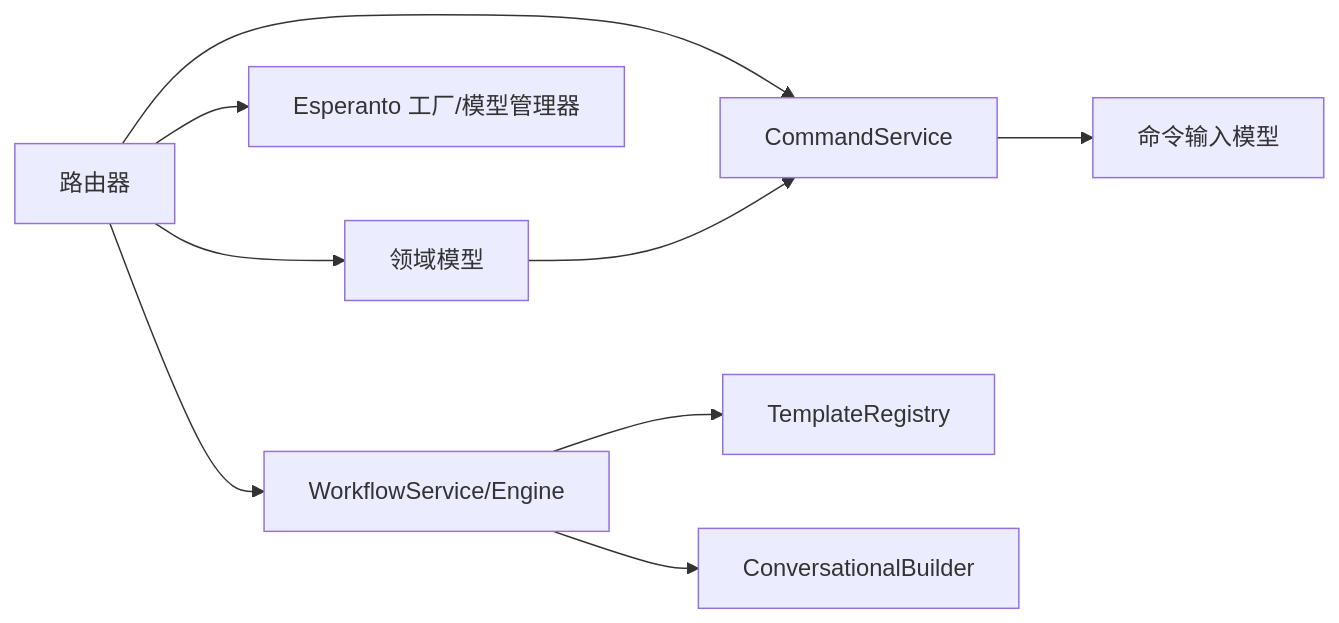
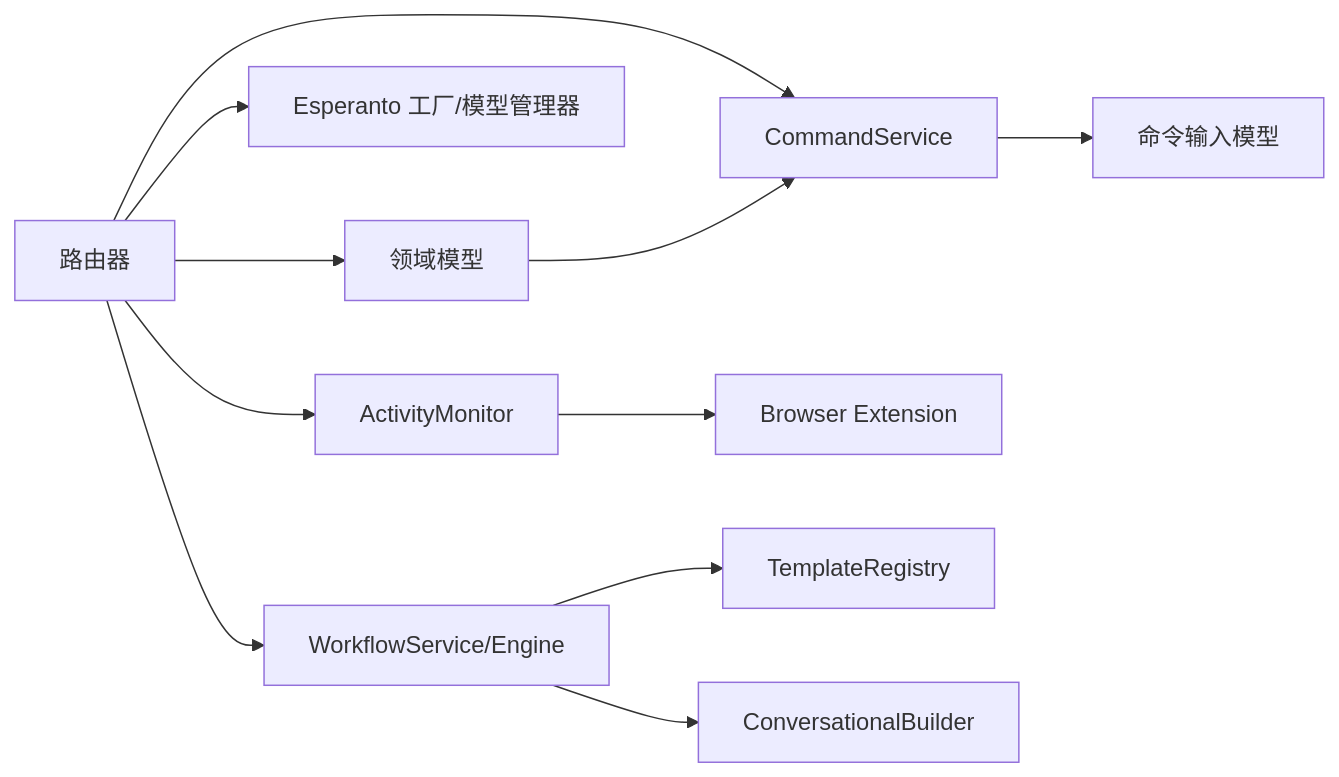
One commit to jackeyunjie/open-notebook changed the fourth of 4 diagrams in .qoder/repowiki/zh/content/API参考文档/API参考文档.md. Above: the diagram before and after it, drawn with Mermaid. The commit also changed other lines of this file and 51 other files, not shown here.

````diff
--- a/.qoder/repowiki/zh/content/API参考文档/API参考文档.md
+++ b/.qoder/repowiki/zh/content/API参考文档/API参考文档.md
@@ -762,11 +809,13 @@
 ```mermaid
 graph LR
 R["路由器"] --> M["领域模型"]
 R --> S["CommandService"]
 M --> S
 S --> CMD["命令输入模型"]
 R --> E["Esperanto 工厂/模型管理器"]
 R --> W["WorkflowService/Engine"]
+R --> A["ActivityMonitor"]
+A --> B["Browser Extension"]
 W --> T["TemplateRegistry"]
 W --> C["ConversationalBuilder"]
 ```
````
